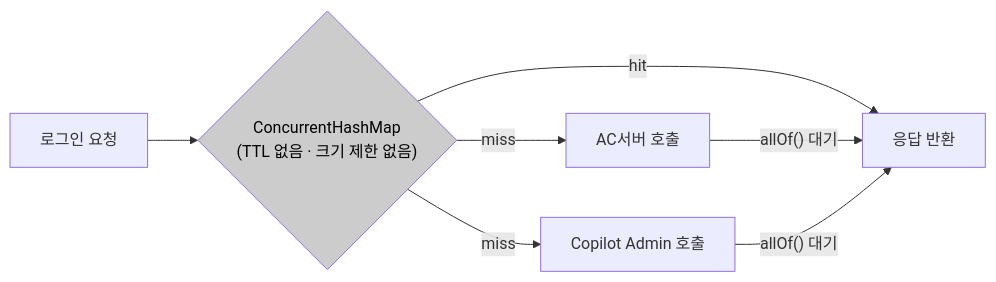
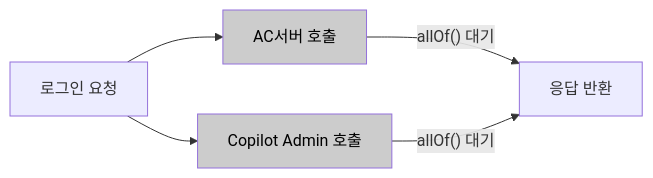
One commit to sujinnkim/A_Personal changed the first of 4 diagrams in docs/04-architecture-analysis/3.2-problem-analysis-and-strategy/AS-03-외부권한조회다층캐시적용.md. Above: the diagram before and after it, drawn with Mermaid. The commit also changed other lines of this file and 6 other files, not shown here.

````diff
--- a/docs/04-architecture-analysis/3.2-problem-analysis-and-strategy/AS-03-외부권한조회다층캐시적용.md
+++ b/docs/04-architecture-analysis/3.2-problem-analysis-and-strategy/AS-03-외부권한조회다층캐시적용.md
@@ -34,9 +34,8 @@
 ```mermaid
 flowchart LR
-    REQ["로그인 요청"] --> CHM{"ConcurrentHashMap\n(TTL 없음 · 크기 제한 없음)"}
-    CHM -->|"hit"| RESP["응답 반환"]
-    CHM -->|"miss"| AC["AC서버 호출"]
-    CHM -->|"miss"| CP["Copilot Admin 호출"]
-    AC & CP -->|"allOf() 대기"| RESP
-    style CHM fill:#cccccc,color:#000
+    REQ["로그인 요청"] --> AC["AC서버 호출"]
+    REQ --> CP["Copilot Admin 호출"]
+    AC & CP -->|"allOf() 대기"| RESP["응답 반환"]
+    style AC fill:#cccccc,color:#000
+    style CP fill:#cccccc,color:#000
 ```
````
